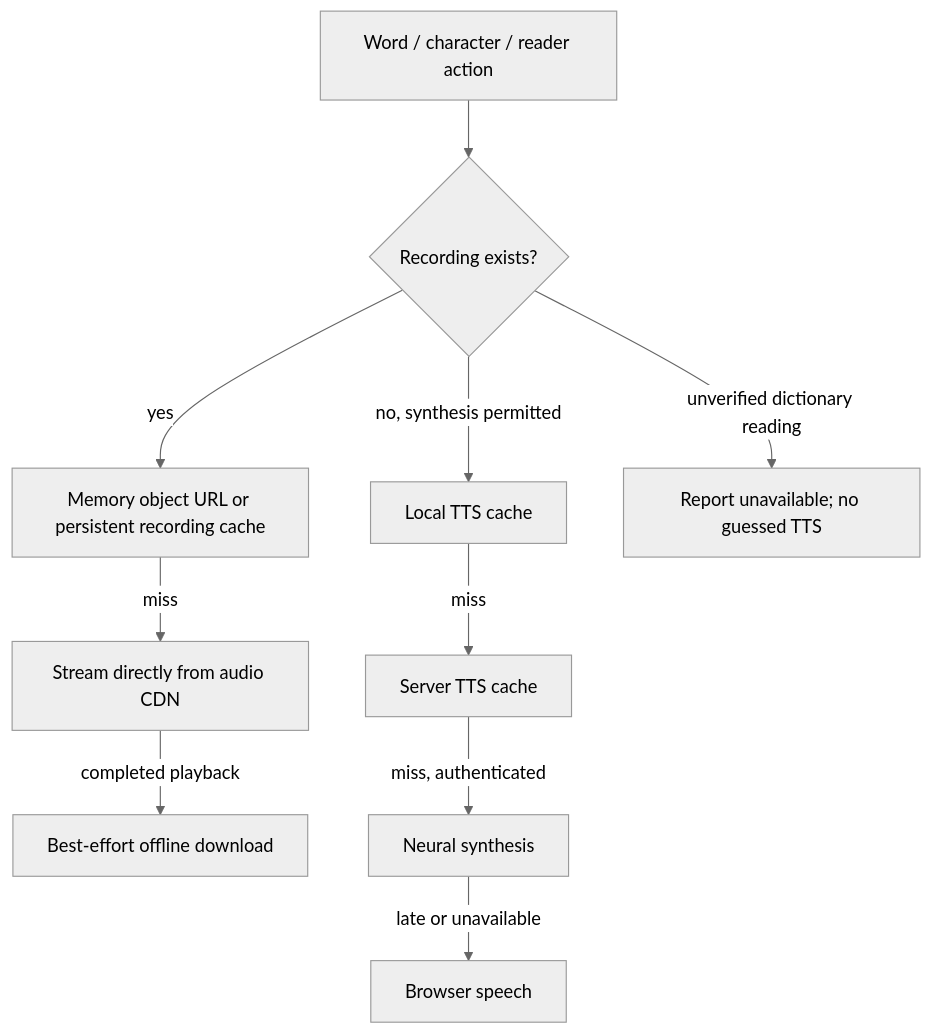
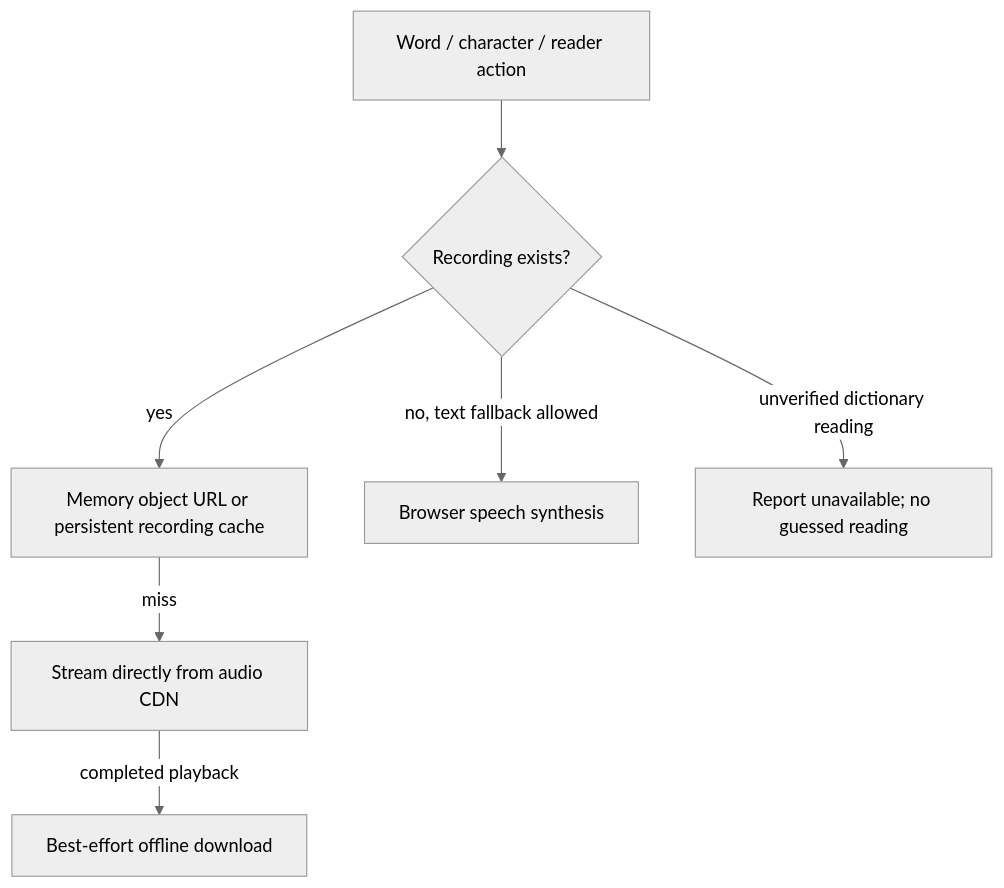
Before and after one commit to rongicalol-art/rongwaps: the diagram in docs/API_SPEC.md, drawn with Mermaid (neutral theme). The commit also changed other lines of this file and 23 other files, not shown here.

First line of the commit message:
refactor(audio): remove Edge neural text-to-speech

````diff
--- a/docs/API_SPEC.md
+++ b/docs/API_SPEC.md
@@ -102,12 +58,9 @@
 ```mermaid
 flowchart TD
   A[Word / character / reader action] --> B{Recording exists?}
   B -->|yes| C[Memory object URL or persistent recording cache]
   C -->|miss| D[Stream directly from audio CDN]
   D -->|completed playback| E[Best-effort offline download]
-  B -->|no, synthesis permitted| F[Local TTS cache]
-  F -->|miss| G[Server TTS cache]
-  G -->|miss, authenticated| H[Neural synthesis]
-  H -->|late or unavailable| I[Browser speech]
-  B -->|unverified dictionary reading| J[Report unavailable; no guessed TTS]
+  B -->|no, text fallback allowed| F[Browser speech synthesis]
+  B -->|unverified dictionary reading| J[Report unavailable; no guessed reading]
 ```
````
